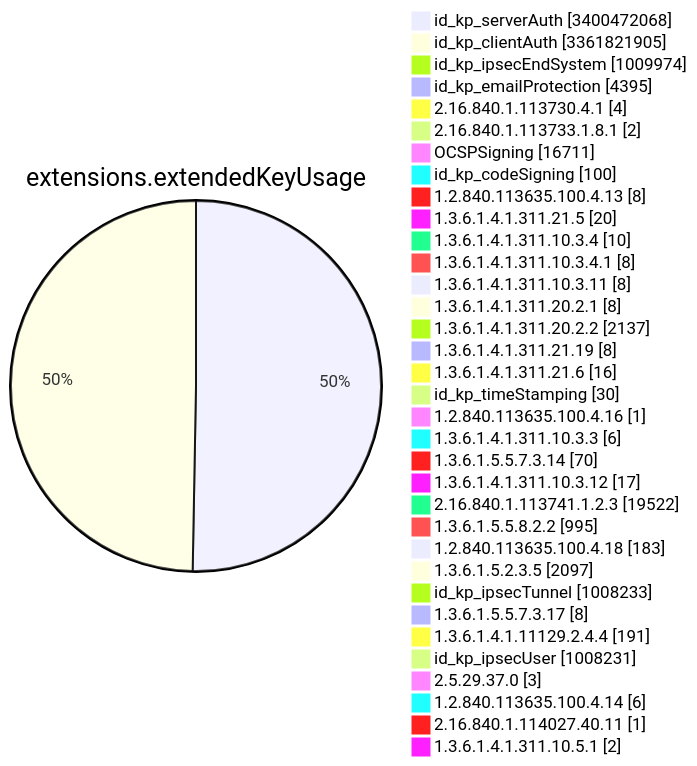
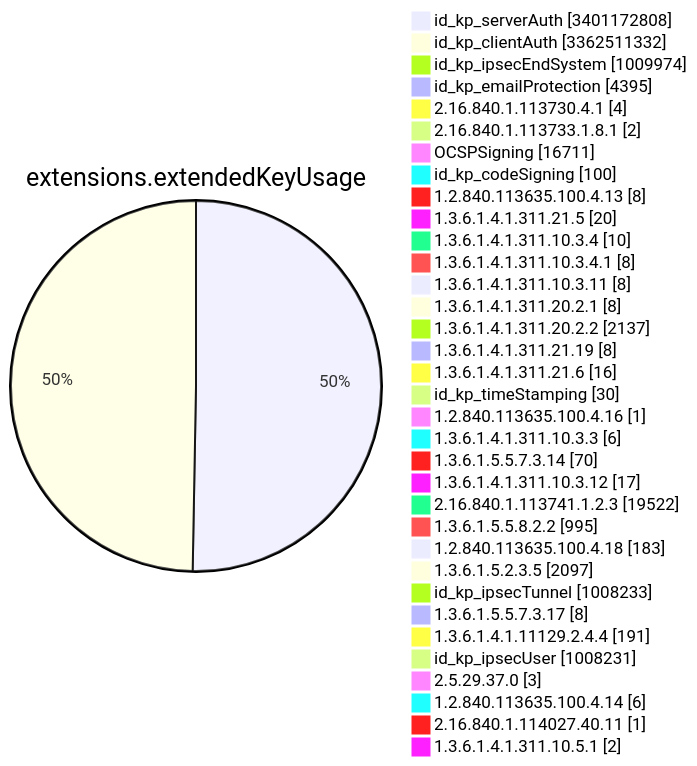
Before and after one commit to christiankrug/ctmonitor_visualization: diagram 11 of 15 in TOTAL/README.md, drawn with Mermaid. The commit also changed other lines of this file, not shown here.

````diff
--- a/TOTAL/README.md
+++ b/TOTAL/README.md
@@ -4121,38 +4121,38 @@
 ```mermaid
 pie showData
 title extensions.extendedKeyUsage
-"id_kp_serverAuth" :3400472068
-"id_kp_clientAuth" :3361821905
+"id_kp_serverAuth" :3401172808
+"id_kp_clientAuth" :3362511332
 "id_kp_ipsecEndSystem" :1009974
 "id_kp_emailProtection" :4395
 "2.16.840.1.113730.4.1" :4
 "2.16.840.1.113733.1.8.1" :2
 "OCSPSigning" :16711
 "id_kp_codeSigning" :100
 "1.2.840.113635.100.4.13" :8
 "1.3.6.1.4.1.311.21.5" :20
 "1.3.6.1.4.1.311.10.3.4" :10
 "1.3.6.1.4.1.311.10.3.4.1" :8
 "1.3.6.1.4.1.311.10.3.11" :8
 "1.3.6.1.4.1.311.20.2.1" :8
 "1.3.6.1.4.1.311.20.2.2" :2137
 "1.3.6.1.4.1.311.21.19" :8
 "1.3.6.1.4.1.311.21.6" :16
 "id_kp_timeStamping" :30
 "1.2.840.113635.100.4.16" :1
 "1.3.6.1.4.1.311.10.3.3" :6
 "1.3.6.1.5.5.7.3.14" :70
 "1.3.6.1.4.1.311.10.3.12" :17
 "2.16.840.1.113741.1.2.3" :19522
 "1.3.6.1.5.5.8.2.2" :995
 "1.2.840.113635.100.4.18" :183
 "1.3.6.1.5.2.3.5" :2097
 "id_kp_ipsecTunnel" :1008233
 "1.3.6.1.5.5.7.3.17" :8
 "1.3.6.1.4.1.11129.2.4.4" :191
 "id_kp_ipsecUser" :1008231
 "2.5.29.37.0" :3
 "1.2.840.113635.100.4.14" :6
 "2.16.840.1.114027.40.11" :1
 "1.3.6.1.4.1.311.10.5.1" :2
 ```
````
